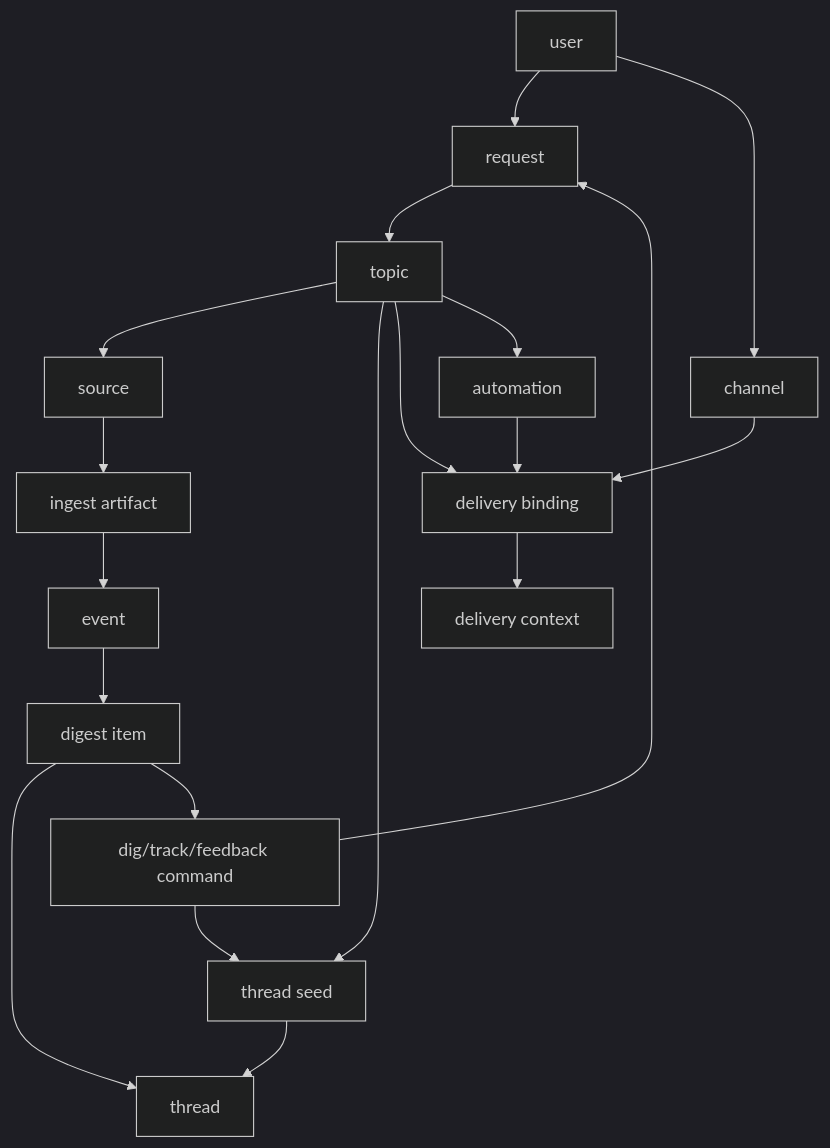
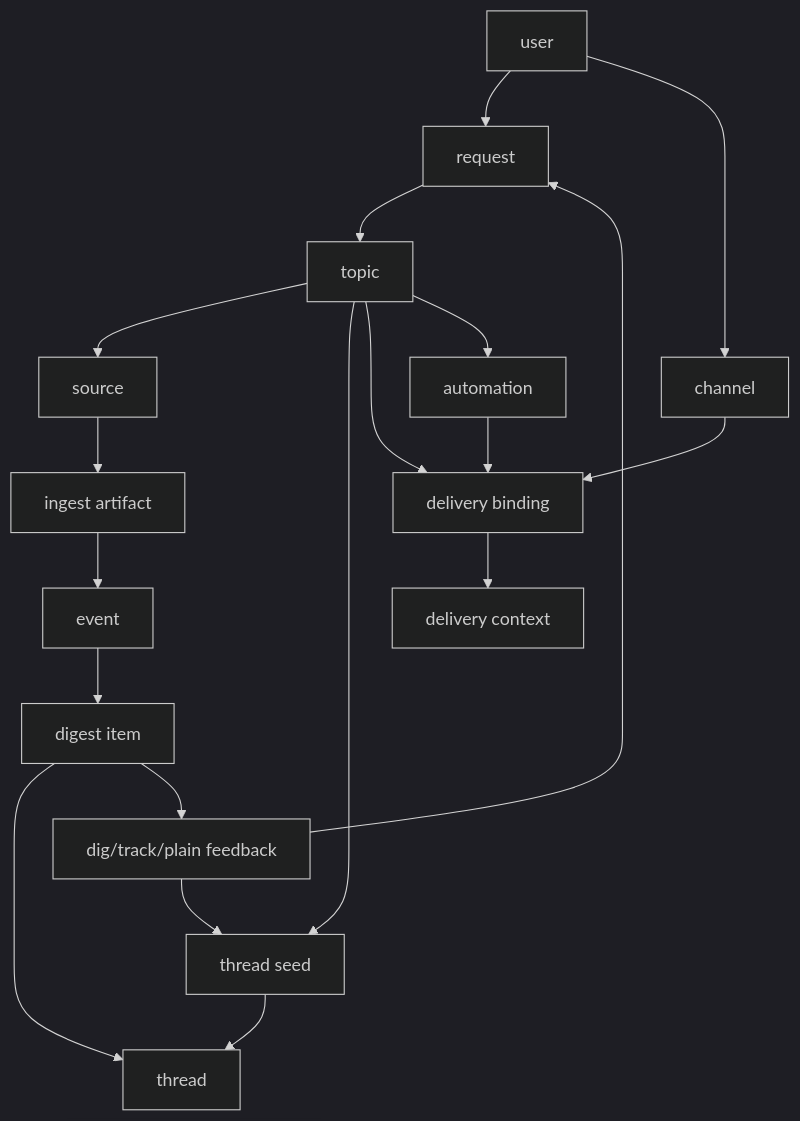
The diagram in docs/domain-model.md (Arcadia822/skrya), drawn with Mermaid (dark theme) before and after one commit. The commit also changed other lines of this file and 20 other files, not shown here.

Commit message:
feat: make preference feedback plain language

````diff
--- a/docs/domain-model.md
+++ b/docs/domain-model.md
@@ -48,21 +48,21 @@
 ```mermaid
 flowchart TD
   User["user"] --> Request["request"]
   User --> Channel["channel"]
   Request --> Topic["topic"]
   Topic --> Source["source"]
   Topic --> ThreadSeed["thread seed"]
   Topic --> DeliveryBinding["delivery binding"]
   Source --> Ingest["ingest artifact"]
   Ingest --> Event["event"]
   Event --> DigestItem["digest item"]
   ThreadSeed --> Thread["thread"]
   DigestItem --> Thread
   Topic --> Automation["automation"]
   Channel --> DeliveryBinding
   Automation --> DeliveryBinding
   DeliveryBinding --> Delivery["delivery context"]
-  DigestItem --> Feedback["dig/track/feedback command"]
+  DigestItem --> Feedback["dig/track/plain feedback"]
   Feedback --> Request
   Feedback --> ThreadSeed
 ```
````
